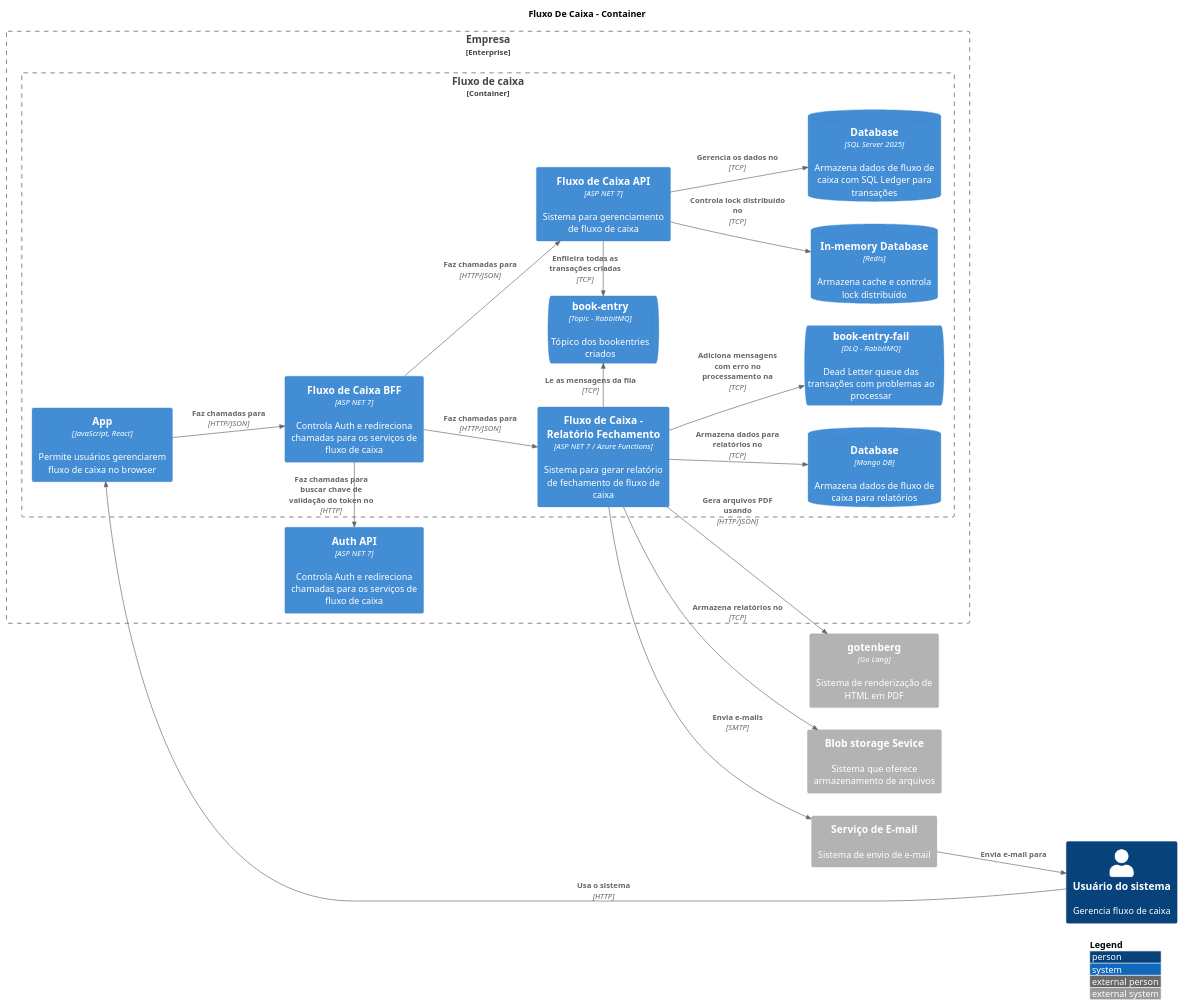
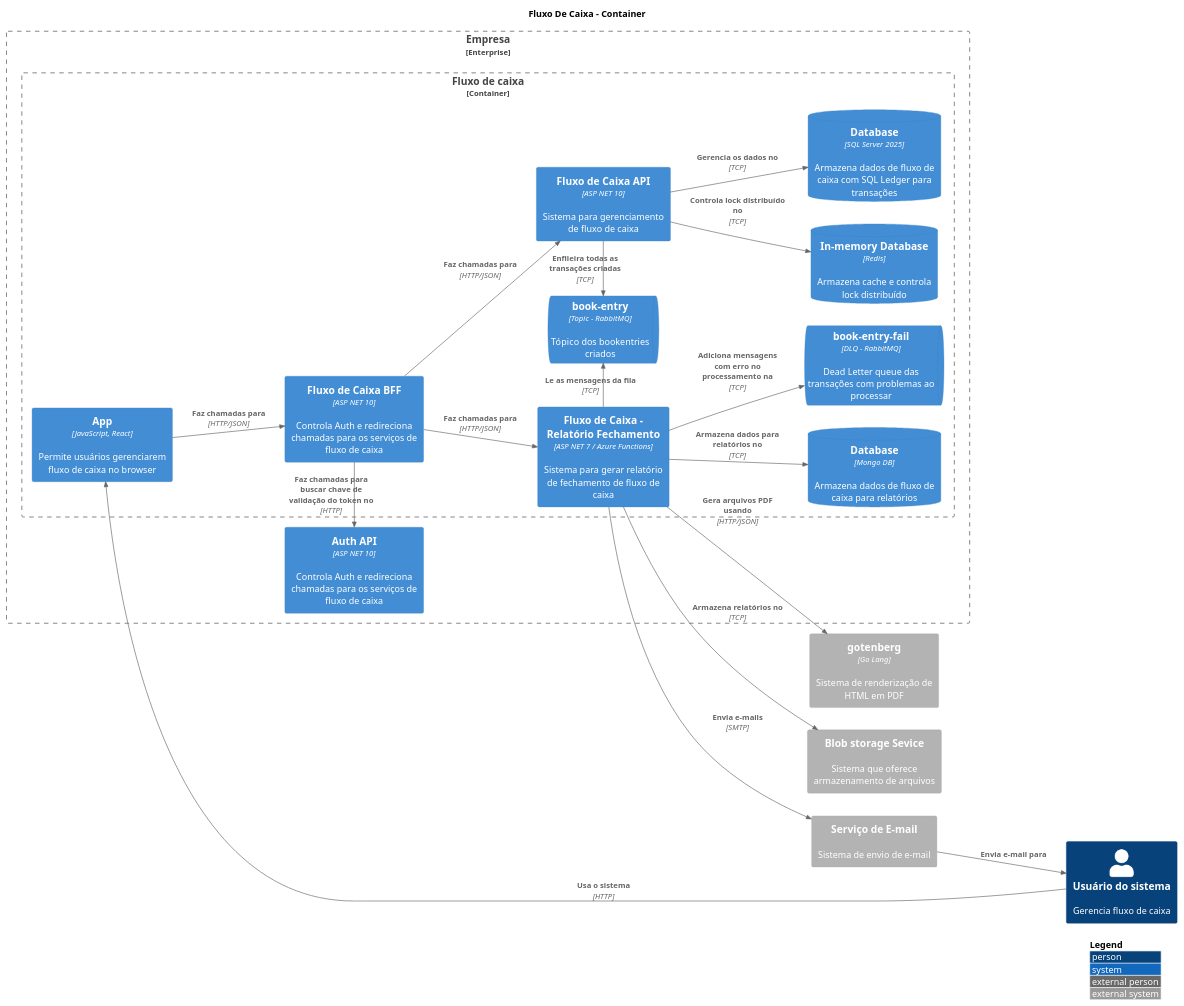
The diagram in Doc/C4Model/Container.puml (CristianoRC/Fluxo-De-Caixa), drawn with PlantUML before and after one commit. The commit also changed 10 other files, not shown here.

Commit message:
Atualiza a API para .NET 10

```diff
--- a/Doc/C4Model/Container.puml
+++ b/Doc/C4Model/Container.puml
@@ -1,59 +1,59 @@
 @startuml container
 
 !include https://raw.githubusercontent.com/plantuml-stdlib/C4-PlantUML/master/C4_Container.puml
 !include https://raw.githubusercontent.com/plantuml-stdlib/C4-PlantUML/master/C4_Context.puml
 
 LAYOUT_LANDSCAPE()
 LAYOUT_WITH_LEGEND()
 
 TITLE Fluxo De Caixa - Container
 
 Enterprise_Boundary(boundaryEmpersa, "Empresa") {
   
     Container_Boundary(boundaryFluxoDeCaixa, "Fluxo de caixa") {
-        Container(fluxoDeCaixaApi, "Fluxo de Caixa API", "ASP NET 7", "Sistema para gerenciamento de fluxo de caixa")
+        Container(fluxoDeCaixaApi, "Fluxo de Caixa API", "ASP NET 10", "Sistema para gerenciamento de fluxo de caixa")
         Container(fluxoDeCaixaApp, "App", "JavaScript, React", "Permite usuários gerenciarem fluxo de caixa no browser")
         Container(fluxoDeCaixaReportApi, "Fluxo de Caixa - Relatório Fechamento", "ASP NET 7 / Azure Functions", "Sistema para gerar relatório de fechamento de fluxo de caixa")
-        Container(fluxoDeCaixaBff, "Fluxo de Caixa BFF", "ASP NET 7", "Controla Auth e redireciona chamadas para os serviços de fluxo de caixa")
+        Container(fluxoDeCaixaBff, "Fluxo de Caixa BFF", "ASP NET 10", "Controla Auth e redireciona chamadas para os serviços de fluxo de caixa")
 
         ContainerDb(redis, "In-memory Database", "Redis", "Armazena cache e controla lock distribuído")
         ContainerDb(mongodb, "Database", "Mongo DB", "Armazena dados de fluxo de caixa para relatórios")
         ContainerDb(sqlserver, "Database", "SQL Server 2025", "Armazena dados de fluxo de caixa com SQL Ledger para transações")
         ContainerQueue(transactionQueue, "book-entry", "Topic - RabbitMQ", "Tópico dos bookentries criados")
         ContainerQueue(transacionDlq, "book-entry-fail", "DLQ - RabbitMQ", "Dead Letter queue das transações com problemas ao processar")
     }
     
-    Container(authApi, "Auth API", "ASP NET 7", "Controla Auth e redireciona chamadas para os serviços de fluxo de caixa")
+    Container(authApi, "Auth API", "ASP NET 10", "Controla Auth e redireciona chamadas para os serviços de fluxo de caixa")
 }
 
 Container_Ext(gotenberg, "gotenberg", "Go Lang", "Sistema de renderização de HTML em PDF")
 Container_Ext(blobStorage, "Blob storage Sevice", "", "Sistema que oferece armazenamento de arquivos")
 Container_Ext(mailSystem, "Serviço de E-mail", "", "Sistema de envio de e-mail")
 Person(pessoa, "Usuário do sistema", "Gerencia fluxo de caixa")
 
 'API
 Rel(fluxoDeCaixaApi, sqlserver, "Gerencia os dados no", "TCP")
 Rel_U(fluxoDeCaixaApi, transactionQueue, "Enfileira todas as transações criadas", "TCP")
 Rel(fluxoDeCaixaApi, redis, "Controla lock distribuído no", "TCP")
 
 'Report API
 Rel(fluxoDeCaixaReportApi, mailSystem, "Envia e-mails", "SMTP")
 Rel_D(fluxoDeCaixaReportApi, transactionQueue, "Le as mensagens da fila", "TCP")
 Rel(fluxoDeCaixaReportApi, transacionDlq, "Adiciona mensagens com erro no processamento na", "TCP")
 Rel(fluxoDeCaixaReportApi, mongodb, "Armazena dados para relatórios no", "TCP")
 Rel(fluxoDeCaixaReportApi, blobStorage, "Armazena relatórios no", "TCP")
 Rel(fluxoDeCaixaReportApi, gotenberg, "Gera arquivos PDF usando", "HTTP/JSON")
 
 'App
 Rel(fluxoDeCaixaApp, fluxoDeCaixaBff, "Faz chamadas para", "HTTP/JSON")
 
 'BFF
 Rel(fluxoDeCaixaBff, fluxoDeCaixaApi, "Faz chamadas para", "HTTP/JSON")
 Rel(fluxoDeCaixaBff, fluxoDeCaixaReportApi, "Faz chamadas para", "HTTP/JSON")
 Rel_D(fluxoDeCaixaBff, authApi, "Faz chamadas para buscar chave de validação do token no", "HTTP")
 
 'Pessoa
 Rel(pessoa, fluxoDeCaixaApp, "Usa o sistema", "HTTP")
 Rel(mailSystem, pessoa, "Envia e-mail para")
 
 @enduml
```
